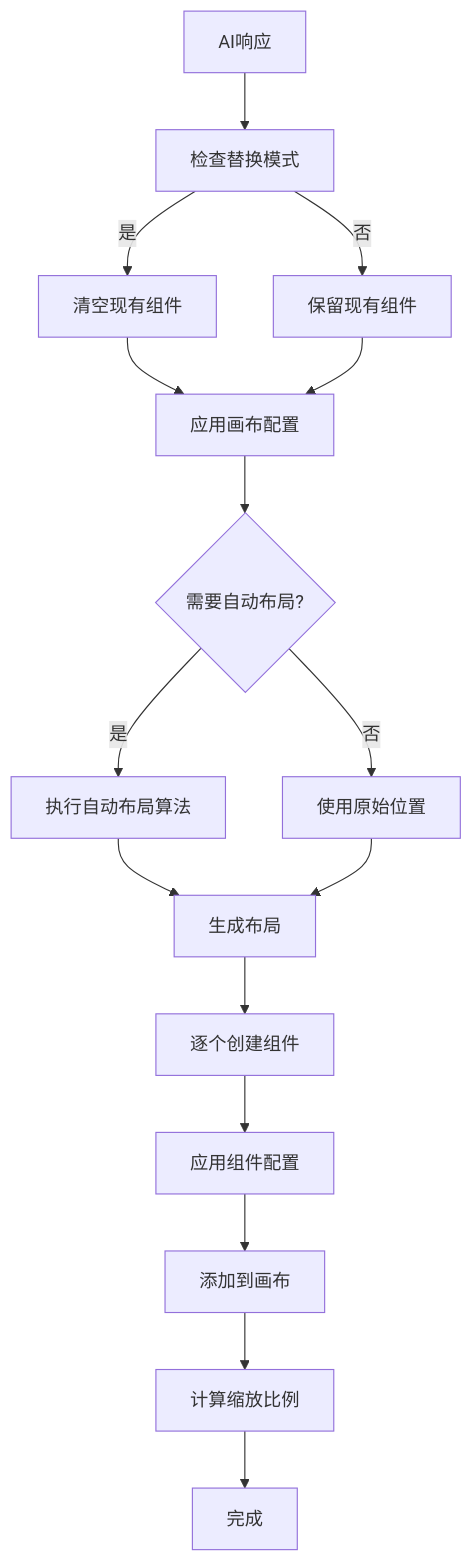
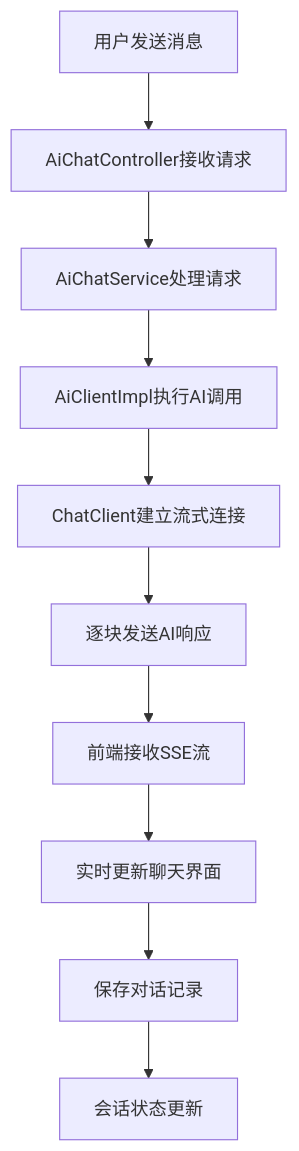
Before and after one commit to yaomindong1996/forge-admin: the fifth of 8 diagrams in .qoder/repowiki/zh/content/AI聊天对话功能.md, drawn with Mermaid. The commit also changed other lines of this file and 56 other files, not shown here.

````diff
--- a/.qoder/repowiki/zh/content/AI聊天对话功能.md
+++ b/.qoder/repowiki/zh/content/AI聊天对话功能.md
@@ -251,18 +317,12 @@
 ```mermaid
 flowchart TD
-A[AI响应] --> B[检查替换模式]
-B --> |是| C[清空现有组件]
-B --> |否| D[保留现有组件]
-C --> E[应用画布配置]
-D --> E
-E --> F{需要自动布局?}
-F --> |是| G[执行自动布局算法]
-F --> |否| H[使用原始位置]
-G --> I[生成布局]
-H --> I
-I --> J[逐个创建组件]
-J --> K[应用组件配置]
-K --> L[添加到画布]
-L --> M[计算缩放比例]
-M --> N[完成]
+A[用户发送消息] --> B[AiChatController接收请求]
+B --> C[AiChatService处理请求]
+C --> D[AiClientImpl执行AI调用]
+D --> E[ChatClient建立流式连接]
+E --> F[逐块发送AI响应]
+F --> G[前端接收SSE流]
+G --> H[实时更新聊天界面]
+H --> I[保存对话记录]
+I --> J[会话状态更新]
 ```
````
